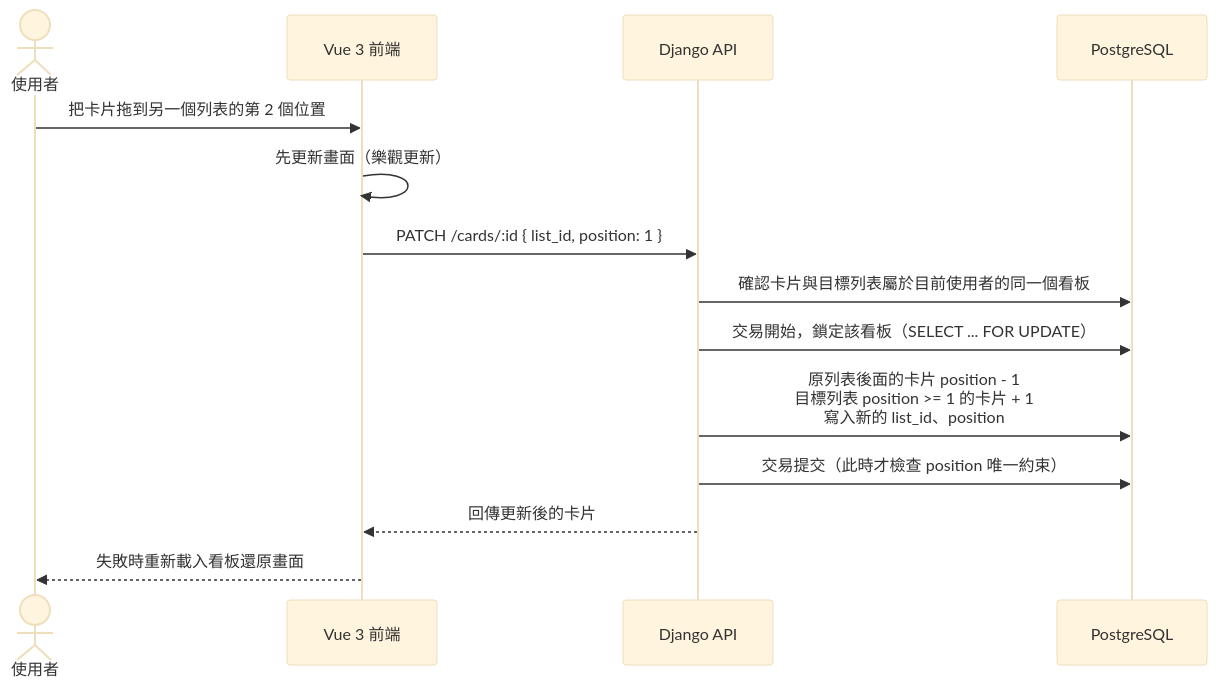
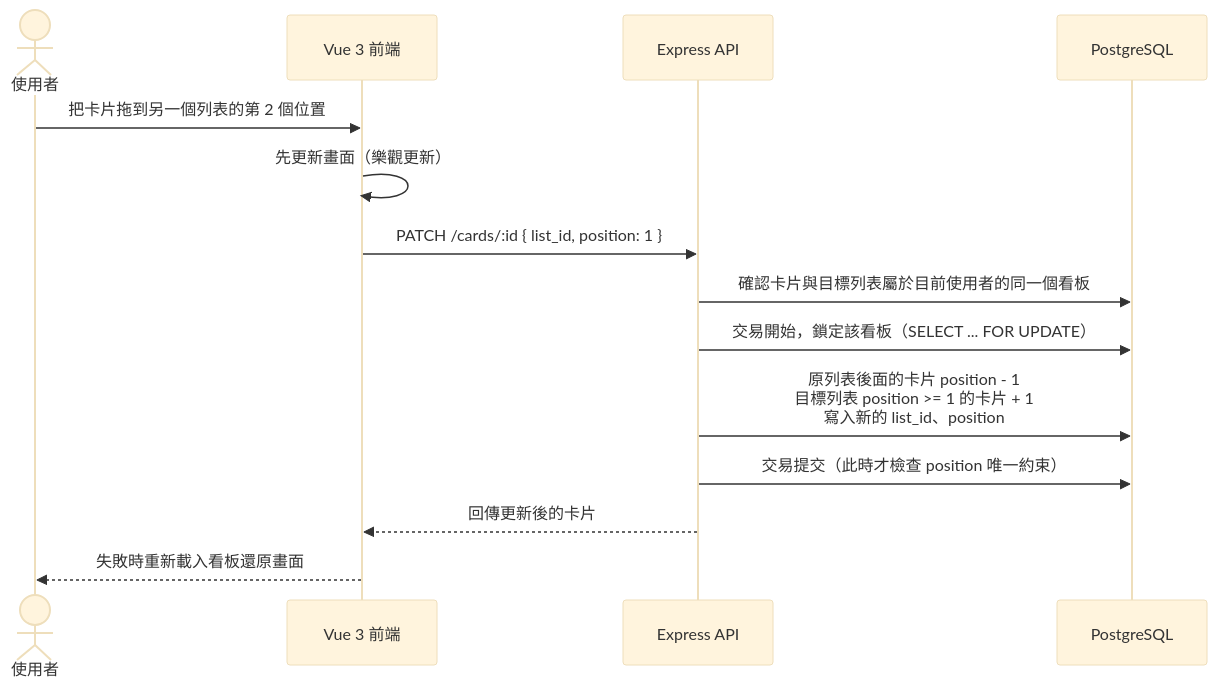
The fourth of 4 diagrams in docs/architecture.md (annie-clickforce/trello-fullstack), drawn with Mermaid (base theme) before and after one commit. The commit also changed other lines of this file and 3 other files, not shown here.

````diff
--- a/docs/architecture.md
+++ b/docs/architecture.md
@@ -109,17 +132,17 @@
 ```mermaid
 sequenceDiagram
     actor User as 使用者
     participant Web as Vue 3 前端
-    participant API as Django API
+    participant API as Express API
     participant DB as PostgreSQL
 
     User->>Web: 把卡片拖到另一個列表的第 2 個位置
     Web->>Web: 先更新畫面（樂觀更新）
     Web->>API: PATCH /cards/:id { list_id, position: 1 }
     API->>DB: 確認卡片與目標列表屬於目前使用者的同一個看板
     API->>DB: 交易開始，鎖定該看板（SELECT ... FOR UPDATE）
     API->>DB: 原列表後面的卡片 position - 1<br/>目標列表 position >= 1 的卡片 + 1<br/>寫入新的 list_id、position
     API->>DB: 交易提交（此時才檢查 position 唯一約束）
     API-->>Web: 回傳更新後的卡片
     Web-->>User: 失敗時重新載入看板還原畫面
 ```
````
